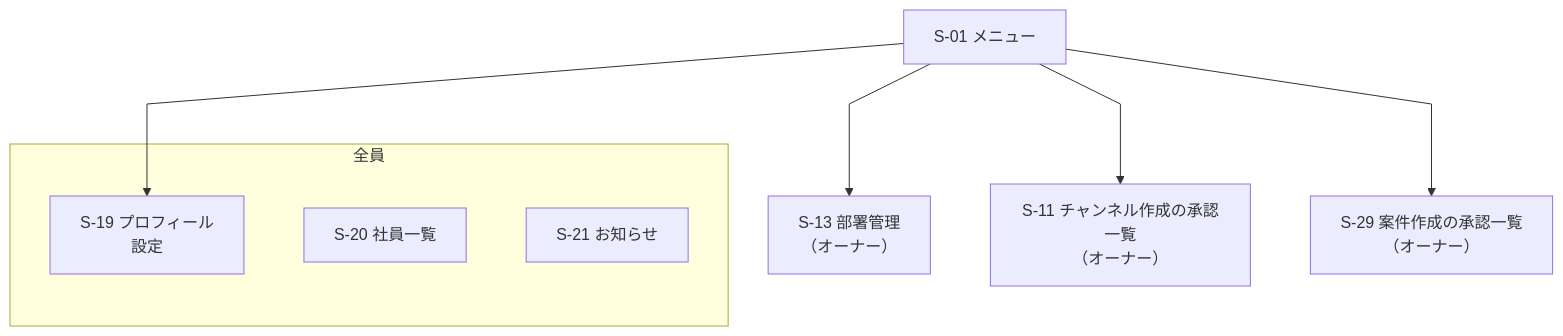
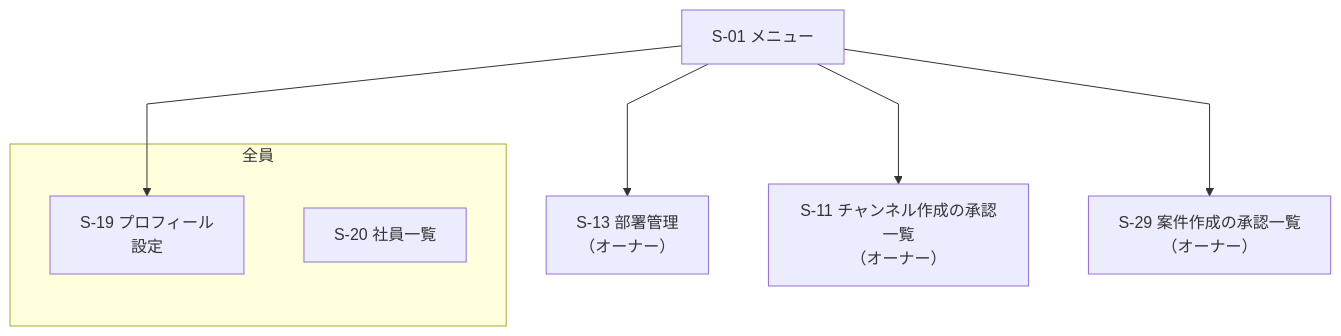
One commit to yamamotonaoki3/internal-system changed the eighth of 13 diagrams in docs/requirements/screens.md. Above: the diagram before and after it, drawn with Mermaid. The commit also changed other lines of this file and 10 other files, not shown here.

````diff
--- a/docs/requirements/screens.md
+++ b/docs/requirements/screens.md
@@ -283,14 +283,13 @@
 ```mermaid
 %%{init: {"flowchart": {"nodeSpacing": 60, "rankSpacing": 80, "curve": "linear", "htmlLabels": true}}}%%
 flowchart TD
     Menu["S-01 メニュー"] --> S19
     Menu --> S13["S-13 部署管理<br/>（オーナー）"]
     Menu --> S11["S-11 チャンネル作成の承認一覧<br/>（オーナー）"]
     Menu --> S29["S-29 案件作成の承認一覧<br/>（オーナー）"]
 
     subgraph ALL["全員"]
         S19["S-19 プロフィール<br/>設定"]
         S20["S-20 社員一覧"]
-        S21["S-21 お知らせ"]
     end
 ```
````
